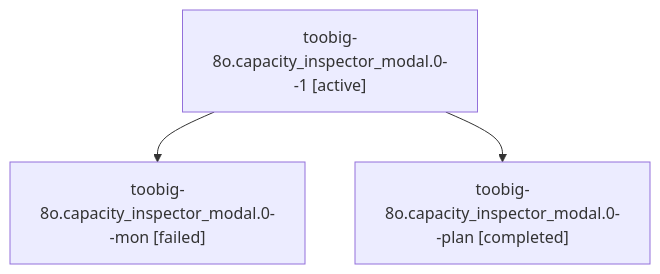
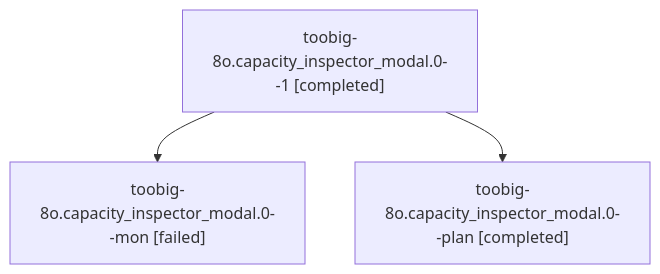
One commit to sase-org/sase--agents changed the diagram in sessions/bbugyi200.athena.toobig-8o.capacity_inspector_modal.0.md. Above: the diagram before and after it, drawn with Mermaid. The commit also changed other lines of this file and 58 other files, not shown here.

````diff
--- a/sessions/bbugyi200.athena.toobig-8o.capacity_inspector_modal.0.md
+++ b/sessions/bbugyi200.athena.toobig-8o.capacity_inspector_modal.0.md
@@ -9,8 +9,8 @@
 ```mermaid
 flowchart TD
-  n0["toobig-8o.capacity_inspector_modal.0--1 [active]"]
+  n0["toobig-8o.capacity_inspector_modal.0--1 [completed]"]
   n1["toobig-8o.capacity_inspector_modal.0--mon [failed]"]
   n0 --> n1
   n2["toobig-8o.capacity_inspector_modal.0--plan [completed]"]
   n0 --> n2
 ```
````
